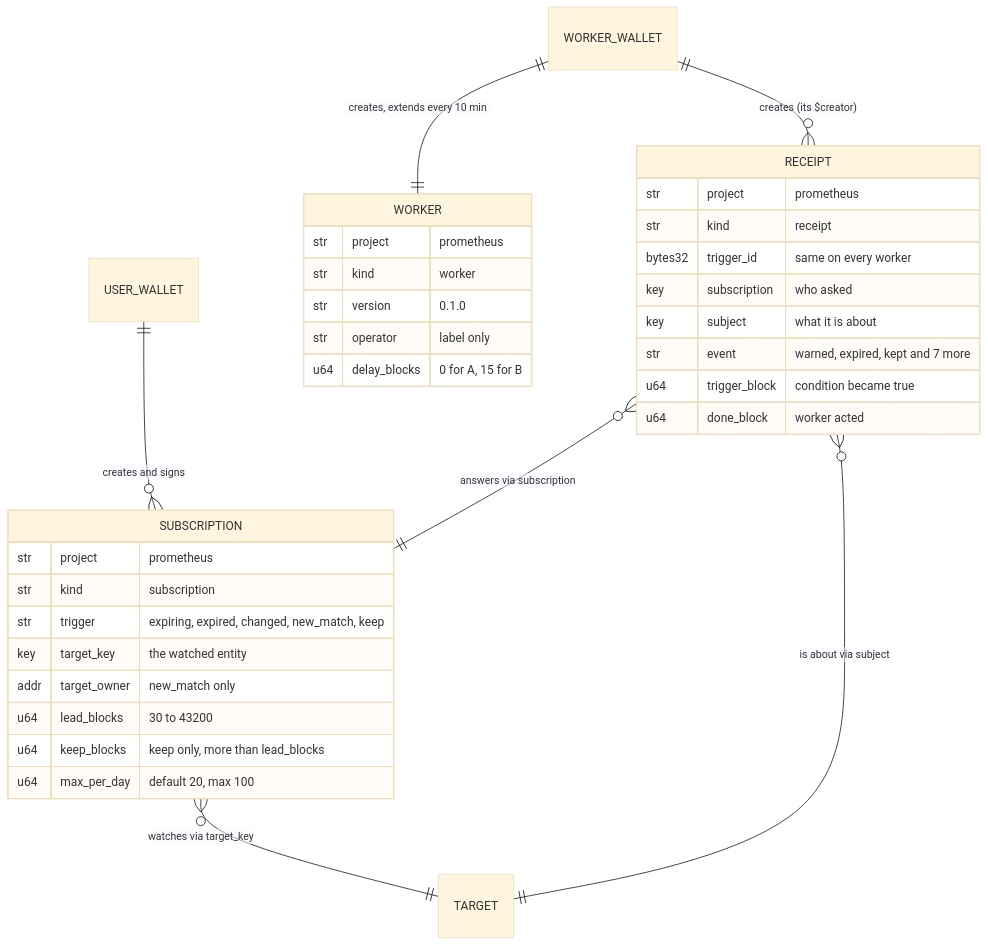
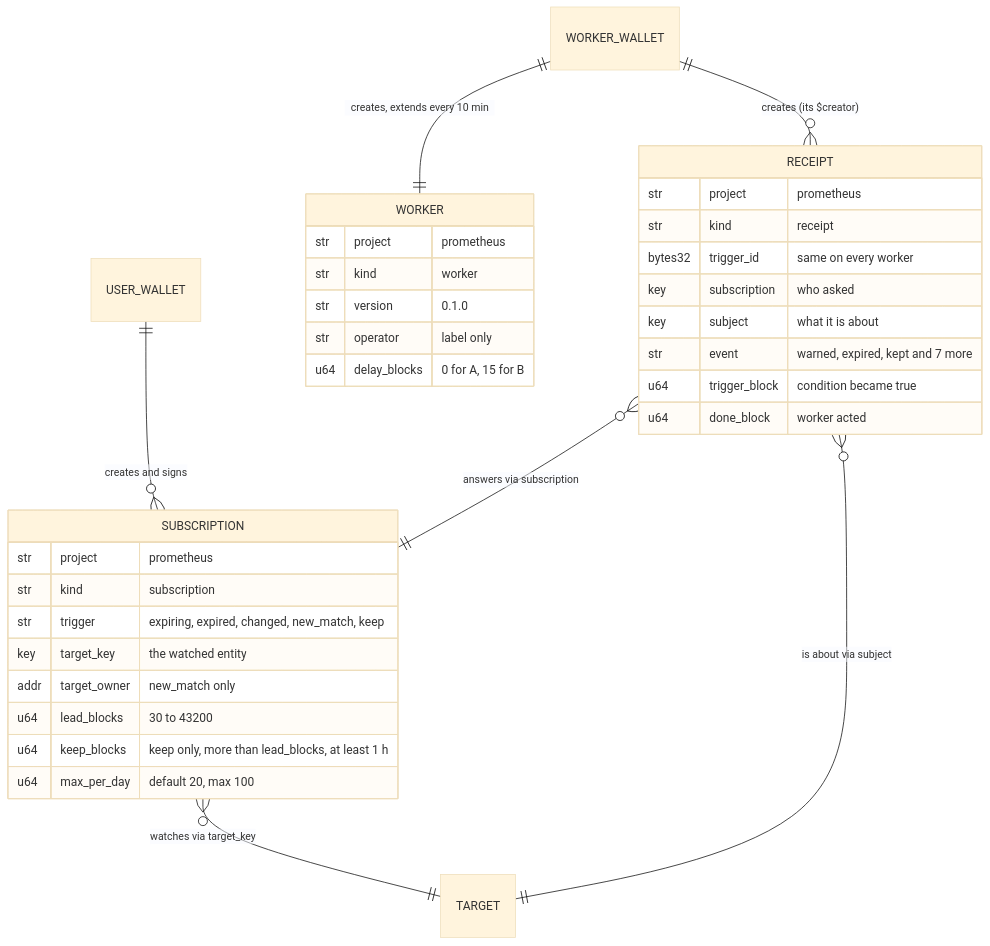
The first of 2 diagrams in arkiv/schema.md (VanshChitransh/Prometheus), drawn with Mermaid (base theme) before and after one commit. The commit also changed other lines of this file and 14 other files, not shown here.

````diff
--- a/arkiv/schema.md
+++ b/arkiv/schema.md
@@ -30,37 +30,37 @@
 ```mermaid
 erDiagram
     USER_WALLET ||--o{ SUBSCRIPTION : "creates and signs"
     WORKER_WALLET ||--|| WORKER : "creates, extends every 10 min"
     WORKER_WALLET ||--o{ RECEIPT : "creates (its $creator)"
     SUBSCRIPTION }o--|| TARGET : "watches via target_key"
     RECEIPT }o--|| SUBSCRIPTION : "answers via subscription"
     RECEIPT }o--|| TARGET : "is about via subject"
 
     WORKER {
         str project "prometheus"
         str kind "worker"
         str version "0.1.0"
         str operator "label only"
         u64 delay_blocks "0 for A, 15 for B"
     }
     SUBSCRIPTION {
         str project "prometheus"
         str kind "subscription"
         str trigger "expiring, expired, changed, new_match, keep"
         key target_key "the watched entity"
         addr target_owner "new_match only"
         u64 lead_blocks "30 to 43200"
-        u64 keep_blocks "keep only, more than lead_blocks"
+        u64 keep_blocks "keep only, more than lead_blocks, at least 1 h"
         u64 max_per_day "default 20, max 100"
     }
     RECEIPT {
         str project "prometheus"
         str kind "receipt"
         bytes32 trigger_id "same on every worker"
         key subscription "who asked"
         key subject "what it is about"
         str event "warned, expired, kept and 7 more"
         u64 trigger_block "condition became true"
         u64 done_block "worker acted"
     }
 ```
````
